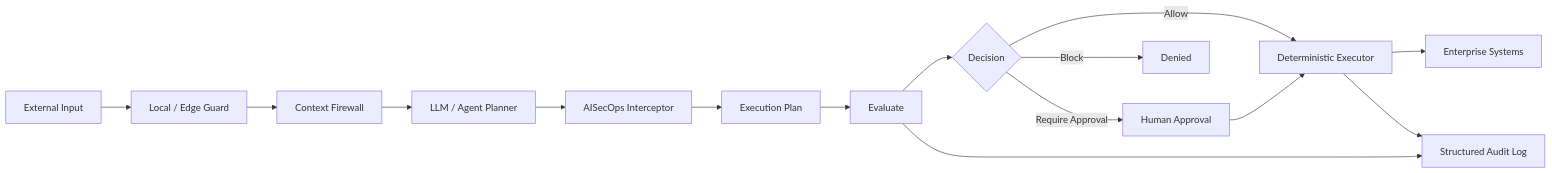
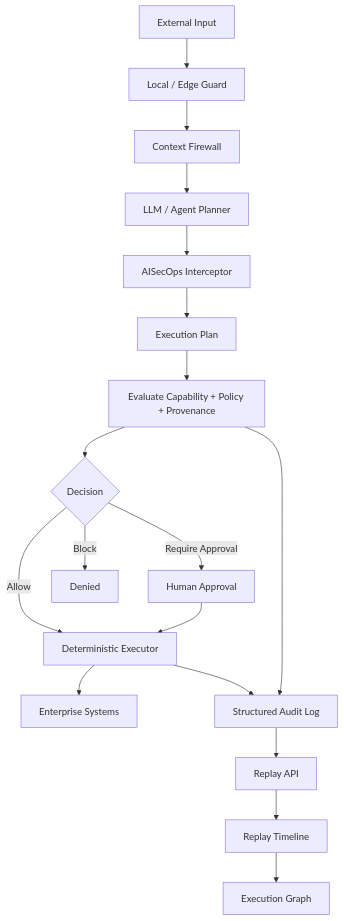
One commit to viplavfauzdar/aisecops-site changed the first of 7 diagrams in src/content/whitepapers/aisecops-v0.1.md. Above: the diagram before and after it, drawn with Mermaid. The commit also changed other lines of this file and 13 other files, not shown here.

````diff
--- a/src/content/whitepapers/aisecops-v0.1.md
+++ b/src/content/whitepapers/aisecops-v0.1.md
@@ -68,17 +76,37 @@
 ```mermaid
-flowchart LR
-  INPUT[External Input] --> LOCAL[Local / Edge Guard]
-  LOCAL --> CF[Context Firewall]
-  CF --> PLANNER[LLM / Agent Planner]
-  PLANNER --> INTERCEPTOR[AISecOps Interceptor]
-  INTERCEPTOR --> PLAN[Execution Plan]
-  PLAN --> EVAL[Evaluate]
-  EVAL --> DECISION{Decision}
-  DECISION -->|Allow| EXEC[Deterministic Executor]
-  DECISION -->|Block| DENY[Denied]
-  DECISION -->|Require Approval| APPROVAL[Human Approval]
+flowchart TB
+  INPUT[External Input]
+  LOCAL[Local / Edge Guard]
+  CF[Context Firewall]
+  PLANNER[LLM / Agent Planner]
+  INTERCEPTOR[AISecOps Interceptor]
+  PLAN[Execution Plan]
+  EVAL[Evaluate Capability + Policy + Provenance]
+  DECISION{Decision}
+  EXEC[Deterministic Executor]
+  DENY[Denied]
+  APPROVAL[Human Approval]
+  TOOLS[Enterprise Systems]
+  AUDIT[Structured Audit Log]
+  REPLAY[Replay API]
+  TIMELINE[Replay Timeline]
+  GRAPH[Execution Graph]
+
+  INPUT --> LOCAL
+  LOCAL --> CF
+  CF --> PLANNER
+  PLANNER --> INTERCEPTOR
+  INTERCEPTOR --> PLAN
+  PLAN --> EVAL
+  EVAL --> DECISION
+  DECISION -->|Allow| EXEC
+  DECISION -->|Block| DENY
+  DECISION -->|Require Approval| APPROVAL
   APPROVAL --> EXEC
-  EXEC --> TOOLS[Enterprise Systems]
-  EVAL --> AUDIT[Structured Audit Log]
+  EXEC --> TOOLS
+  EVAL --> AUDIT
   EXEC --> AUDIT
+  AUDIT --> REPLAY
+  REPLAY --> TIMELINE
+  TIMELINE --> GRAPH
 ```
````
